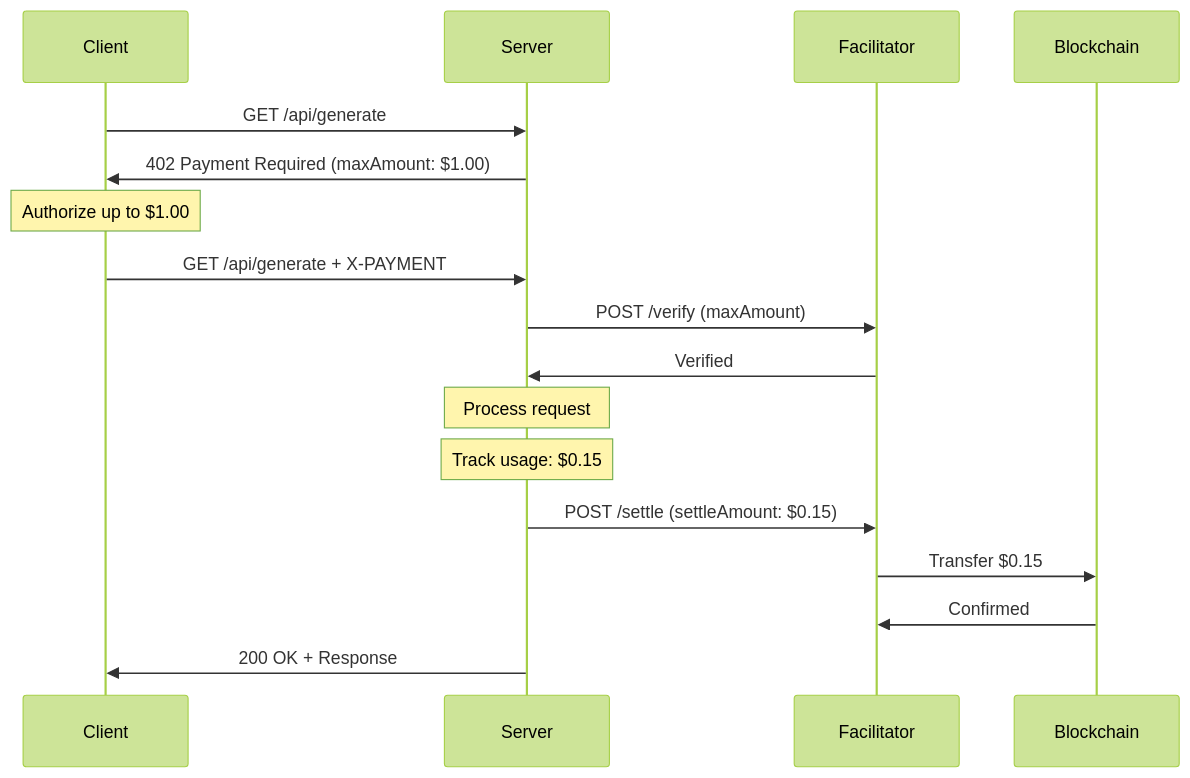
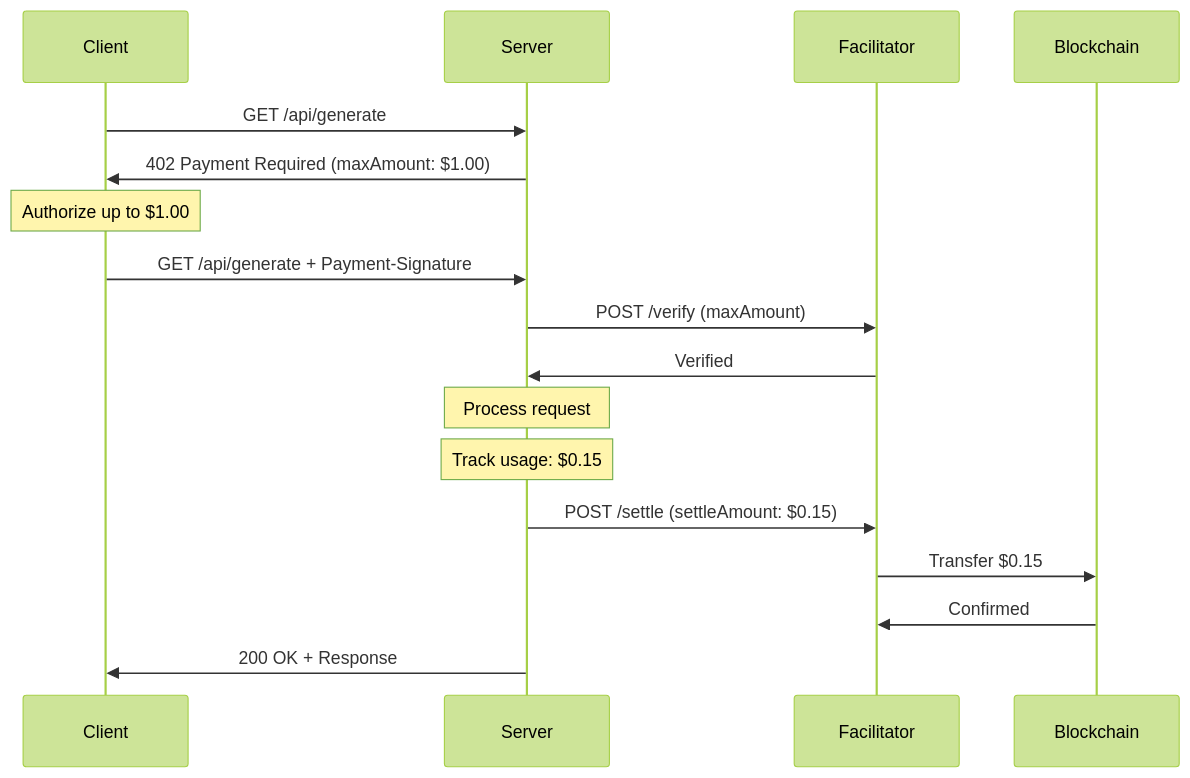
Before and after one commit to t402-io/t402: the diagram in services/docs/pages/schemes/upto.mdx, drawn with Mermaid (forest theme). The commit also changed 89 other files, not shown here.

````diff
--- a/services/docs/pages/schemes/upto.mdx
+++ b/services/docs/pages/schemes/upto.mdx
@@ -11,25 +11,25 @@
 ```mermaid
 sequenceDiagram
     participant Client
     participant Server
     participant Facilitator
     participant Blockchain
 
     Client->>Server: GET /api/generate
     Server->>Client: 402 Payment Required (maxAmount: $1.00)
 
     Note over Client: Authorize up to $1.00
-    Client->>Server: GET /api/generate + X-PAYMENT
+    Client->>Server: GET /api/generate + Payment-Signature
 
     Server->>Facilitator: POST /verify (maxAmount)
     Facilitator->>Server: Verified
 
     Note over Server: Process request
     Note over Server: Track usage: $0.15
 
     Server->>Facilitator: POST /settle (settleAmount: $0.15)
     Facilitator->>Blockchain: Transfer $0.15
     Blockchain->>Facilitator: Confirmed
 
     Server->>Client: 200 OK + Response
 ```
````
